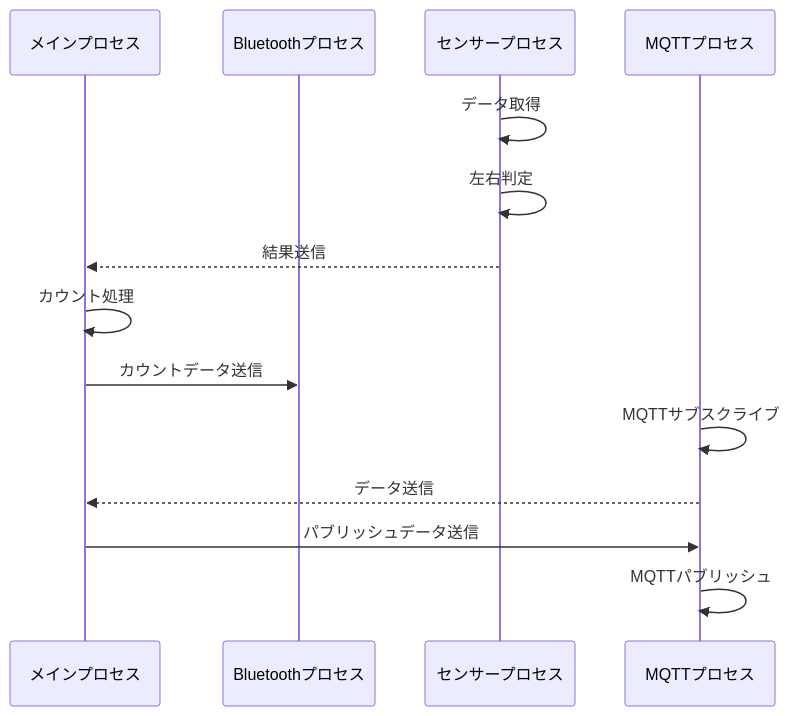
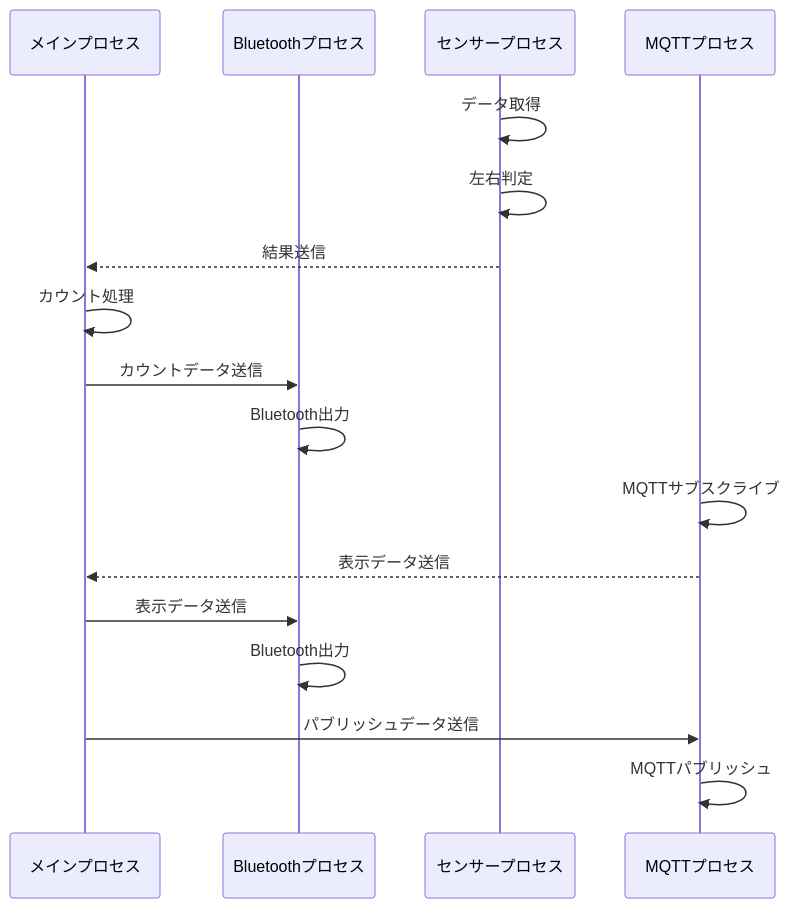
Before and after one commit to Hhelibebcnofne/escalator-enquete: the diagram in docs/spresense.md, drawn with Mermaid.

Commit message:
fix: 更新されたシーケンス図にBluetooth出力と表示データ送信を追加

````diff
--- a/docs/spresense.md
+++ b/docs/spresense.md
@@ -3,17 +3,20 @@
 ```mermaid
 sequenceDiagram
     participant Main as メインプロセス
     participant Bt as Bluetoothプロセス
     participant Sensor as センサープロセス
     participant Mqtt as MQTTプロセス
 
     Sensor ->> Sensor: データ取得
     Sensor ->> Sensor: 左右判定
     Sensor -->> Main: 結果送信
     Main ->> Main: カウント処理
     Main ->> Bt: カウントデータ送信
+    Bt ->> Bt: Bluetooth出力
     Mqtt ->> Mqtt: MQTTサブスクライブ
-    Mqtt -->> Main: データ送信
+    Mqtt -->> Main: 表示データ送信
+    Main ->> Bt: 表示データ送信
+    Bt ->> Bt: Bluetooth出力
     Main ->> Mqtt: パブリッシュデータ送信
     Mqtt ->> Mqtt: MQTTパブリッシュ
 ```
````
